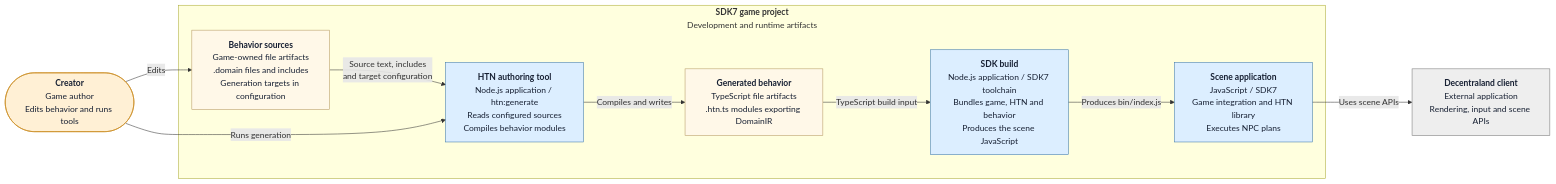
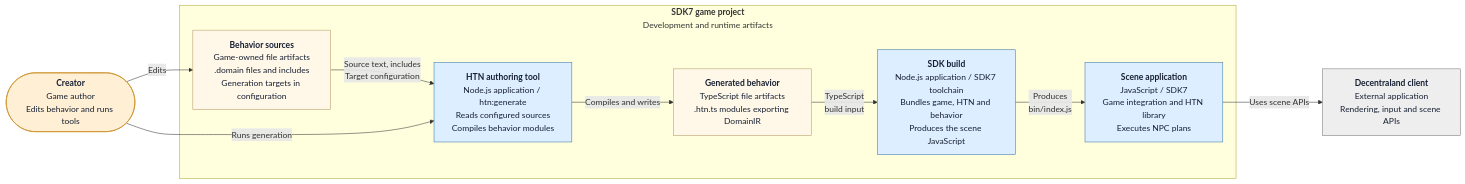
The second of 2 diagrams in scenes/96,-11-htn-planner/README.md (decentraland/sdk7-test-scenes), drawn with Mermaid before and after one commit. The commit also changed 1 other file, not shown here.

Commit message:
docs(htn): wrap Mermaid edge labels for GitHub rendering

````diff
--- a/scenes/96,-11-htn-planner/README.md
+++ b/scenes/96,-11-htn-planner/README.md
@@ -97,48 +97,50 @@
 ```mermaid
 flowchart LR
     Creator(["`**Creator**
 Game author
 Edits behavior and runs tools`"])
     subgraph Project["`**SDK7 game project**
 Development and runtime artifacts`"]
         Sources["`**Behavior sources**
 Game-owned file artifacts
 .domain files and includes
 Generation targets in configuration`"]
         Authoring["`**HTN authoring tool**
 Node.js application / htn:generate
 Reads configured sources
 Compiles behavior modules`"]
         Generated["`**Generated behavior**
 TypeScript file artifacts
 .htn.ts modules exporting DomainIR`"]
         Build["`**SDK build**
 Node.js application / SDK7 toolchain
 Bundles game, HTN and behavior
 Produces the scene JavaScript`"]
         Runtime["`**Scene application**
 JavaScript / SDK7
 Game integration and HTN library
 Executes NPC plans`"]
         Sources -->|"`Source text, includes
-and target configuration`"| Authoring
+Target configuration`"| Authoring
         Authoring -->|"`Compiles and writes`"| Generated
-        Generated -->|"`TypeScript build input`"| Build
-        Build -->|"`Produces bin/index.js`"| Runtime
+        Generated -->|"`TypeScript
+build input`"| Build
+        Build -->|"`Produces
+bin/index.js`"| Runtime
     end
     Client["`**Decentraland client**
 External application
 Rendering, input and scene APIs`"]
     Creator -->|"`Edits`"| Sources
     Creator -->|"`Runs generation`"| Authoring
     Runtime -->|"`Uses scene APIs`"| Client
 
     classDef game fill:#fff0d5,stroke:#c88719,color:#172033;
     classDef artifact fill:#fff8e8,stroke:#b49861,color:#172033;
     classDef application fill:#dceeff,stroke:#3975aa,color:#172033;
     classDef external fill:#eeeeee,stroke:#777777,color:#172033;
     class Creator game;
     class Sources,Generated artifact;
     class Authoring,Build,Runtime application;
     class Client external;
 ```
````
